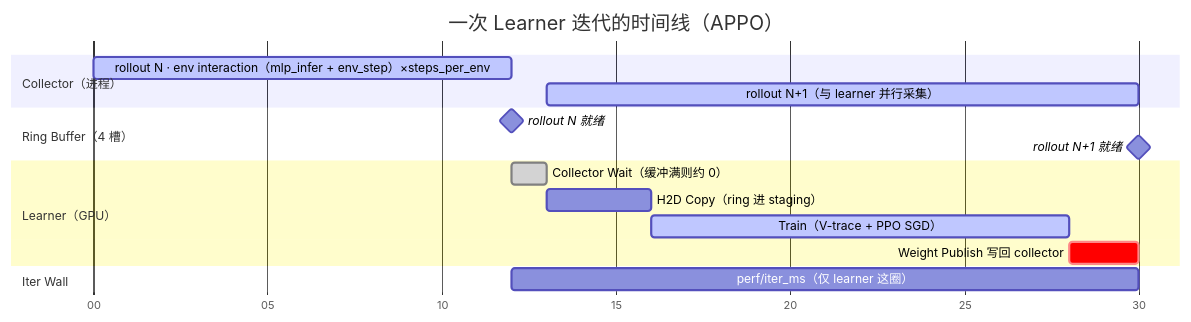
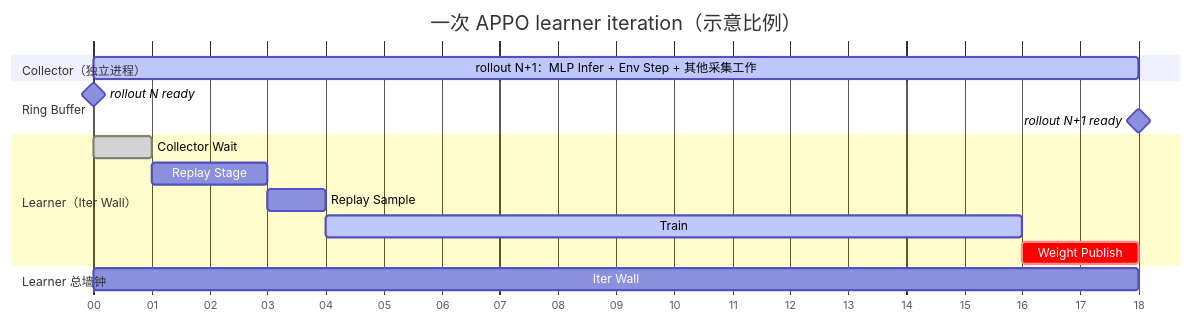
The second of 2 diagrams in docs/sphinx/source/zh_CN/2-user_guide/1-training/3-logging.md (Motphys/UniLab), drawn with Mermaid before and after one commit. The commit also changed other lines of this file and 14 other files, not shown here.

````diff
--- a/docs/sphinx/source/zh_CN/2-user_guide/1-training/3-logging.md
+++ b/docs/sphinx/source/zh_CN/2-user_guide/1-training/3-logging.md
@@ -175,23 +205,23 @@
 ```{mermaid}
 gantt
-    title 一次 Learner 迭代的时间线（APPO）
+    title 一次 APPO learner iteration（示意比例）
     dateFormat x
     axisFormat %S
 
-    section Collector（进程）
-    rollout N · env interaction（mlp_infer + env_step）×steps_per_env :active, c0, 0, 12000
-    rollout N+1（与 learner 并行采集）                                :active, c1, 13000, 30000
+    section Collector（独立进程）
+    rollout N+1：MLP Infer + Env Step + 其他采集工作 :active, c0, 0, 18000
 
-    section Ring Buffer（4 槽）
-    rollout N 就绪    :milestone, r0, 12000, 12000
-    rollout N+1 就绪  :milestone, r1, 30000, 30000
+    section Ring Buffer
+    rollout N ready   :milestone, r0, 0, 0
+    rollout N+1 ready :milestone, r1, 18000, 18000
 
-    section Learner（GPU）
-    Collector Wait（缓冲满则约 0）    :done,   l0, 12000, 13000
-    H2D Copy（ring 进 staging）       :        l1, 13000, 16000
-    Train（V-trace + PPO SGD）        :active, l2, 16000, 28000
-    Weight Publish 写回 collector     :crit,   l3, 28000, 30000
+    section Learner（Iter Wall）
+    Collector Wait    :done,   l0, 0, 1000
+    Replay Stage      :        l1, 1000, 3000
+    Replay Sample     :        l2, 3000, 4000
+    Train             :active, l3, 4000, 16000
+    Weight Publish    :crit,   l4, 16000, 18000
 
-    section Iter Wall
-    perf/iter_ms（仅 learner 这圈）   :        l4, 12000, 30000
+    section Learner 总墙钟
+    Iter Wall         :        l5, 0, 18000
 ```
````
